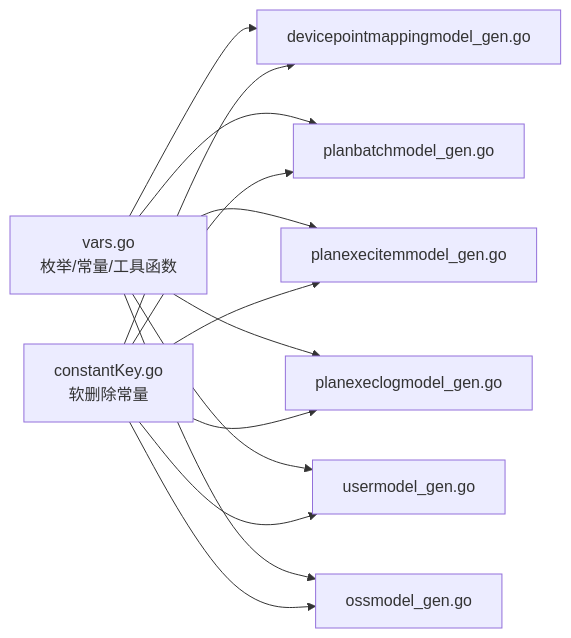
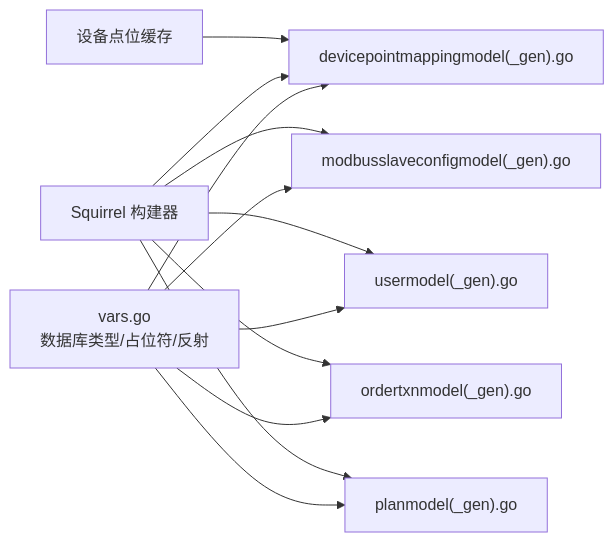
One commit to maomao94/zero-service changed the sixth of 7 diagrams in .qoder/repowiki/zh/content/数据模型设计/数据模型设计.md. Above: the diagram before and after it, drawn with Mermaid. The commit also changed other lines of this file and 362 other files, not shown here.

````diff
--- a/.qoder/repowiki/zh/content/数据模型设计/数据模型设计.md
+++ b/.qoder/repowiki/zh/content/数据模型设计/数据模型设计.md
@@ -351,15 +304,14 @@
 ```mermaid
 graph LR
-V["vars.go<br/>枚举/常量/工具函数"] --> M1["devicepointmappingmodel_gen.go"]
-V --> M2["planbatchmodel_gen.go"]
-V --> M3["planexecitemmodel_gen.go"]
-V --> M4["planexeclogmodel_gen.go"]
-V --> M5["usermodel_gen.go"]
-V --> M6["ossmodel_gen.go"]
-CK["constantKey.go<br/>软删除常量"] --> M1
-CK --> M2
-CK --> M3
-CK --> M4
-CK --> M5
-CK --> M6
+V["vars.go<br/>数据库类型/占位符/反射"] --> M1["modbusslaveconfigmodel(_gen).go"]
+V --> M2["devicepointmappingmodel(_gen).go"]
+V --> M3["usermodel(_gen).go"]
+V --> M4["ordertxnmodel(_gen).go"]
+V --> M5["planmodel(_gen).go"]
+S["Squirrel 构建器"] --> M1
+S --> M2
+S --> M3
+S --> M4
+S --> M5
+C["设备点位缓存"] --> M2
 ```
````
